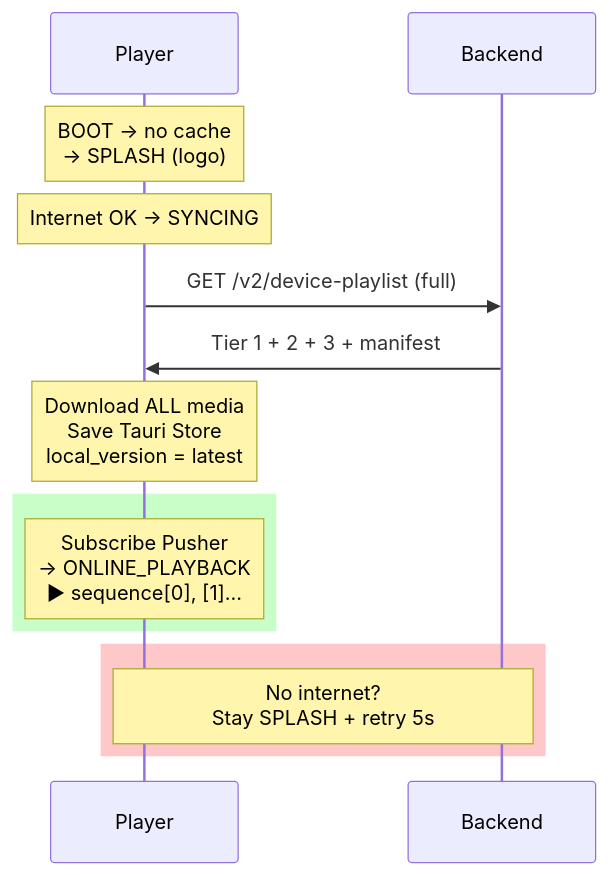
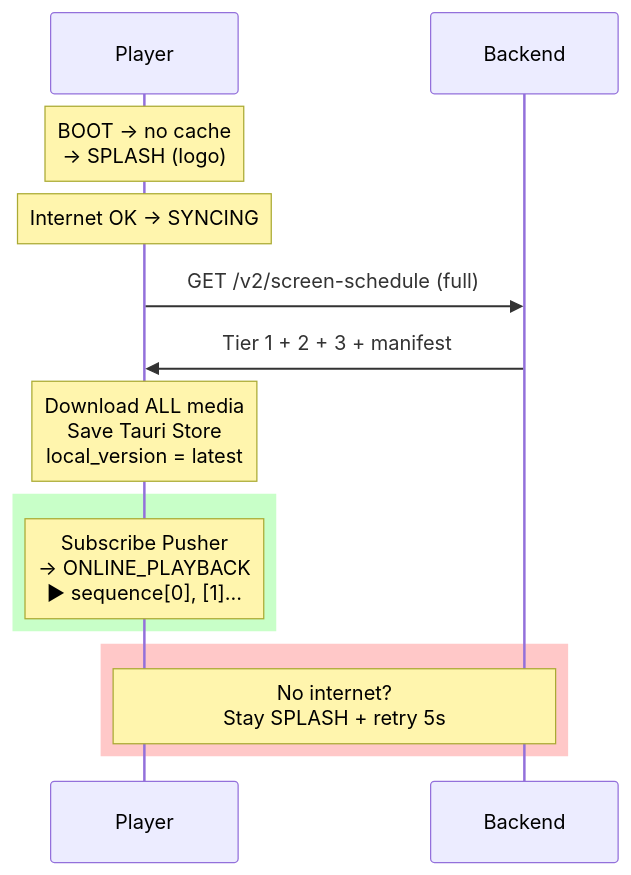
The diagram in scripts/diagrams/05-4-flow-fresh-boot.mmd (wasikarn/jira-generator), drawn with Mermaid before and after one commit. The commit also changed 6 other files, not shown here.

First line of the commit message:
feat: align architecture docs with DOOH industry terminology + add pDOOH roadmap

```diff
--- a/scripts/diagrams/05-4-flow-fresh-boot.mmd
+++ b/scripts/diagrams/05-4-flow-fresh-boot.mmd
@@ -1,14 +1,14 @@
 sequenceDiagram
     participant PL as Player
     participant BE as Backend
     Note over PL: BOOT → no cache<br/>→ SPLASH (logo)
     Note over PL: Internet OK → SYNCING
-    PL->>BE: GET /v2/device-playlist (full)
+    PL->>BE: GET /v2/screen-schedule (full)
     BE->>PL: Tier 1 + 2 + 3 + manifest
     Note over PL: Download ALL media<br/>Save Tauri Store<br/>local_version = latest
     rect rgb(200, 255, 200)
         Note over PL: Subscribe Pusher<br/>→ ONLINE_PLAYBACK<br/>▶ sequence[0], [1]...
     end
     rect rgb(255, 200, 200)
         Note over PL,BE: No internet?<br/>Stay SPLASH + retry 5s
     end
```
